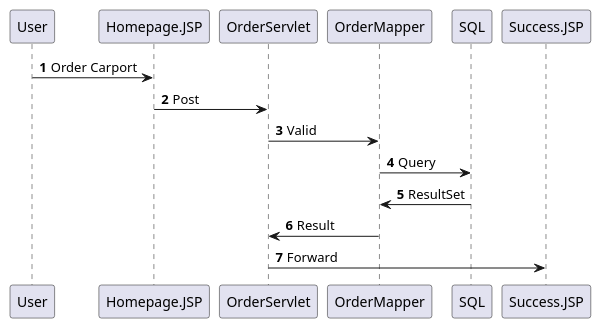
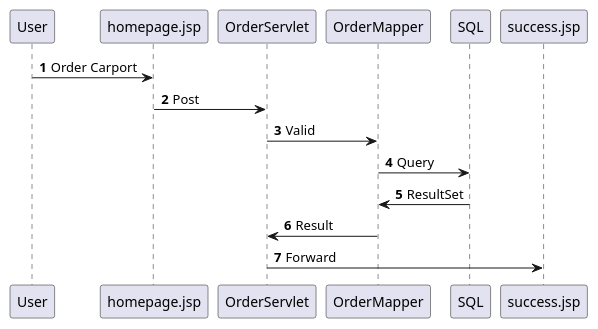
Before and after one commit to HeinLarsen/fog-carport: the diagram in documentation/SqCustomerOrder.puml, drawn with PlantUML. The commit also changed 6 other files, not shown here.

```diff
--- a/documentation/SqCustomerOrder.puml
+++ b/documentation/SqCustomerOrder.puml
@@ -1,14 +1,14 @@
 @startuml
 'https://plantuml.com/sequence-diagram
 
 autonumber
 
-User -> Homepage.JSP: Order Carport
-Homepage.JSP -> OrderServlet: Post
+User -> homepage.jsp: Order Carport
+homepage.jsp -> OrderServlet: Post
 OrderServlet -> OrderMapper: Valid
 OrderMapper -> SQL: Query
 SQL -> OrderMapper: ResultSet
 OrderMapper -> OrderServlet: Result
-OrderServlet -> Success.JSP: Forward
+OrderServlet -> success.jsp: Forward
 
 @enduml
```
